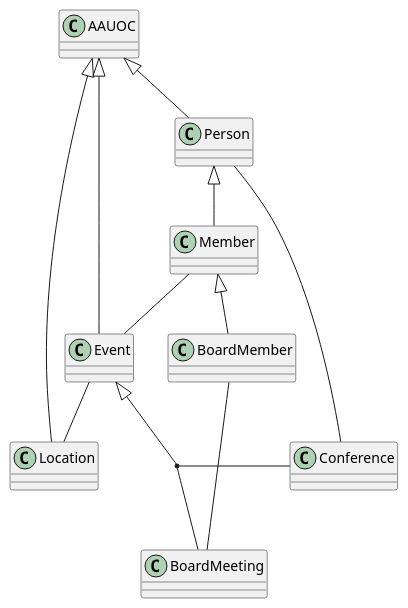
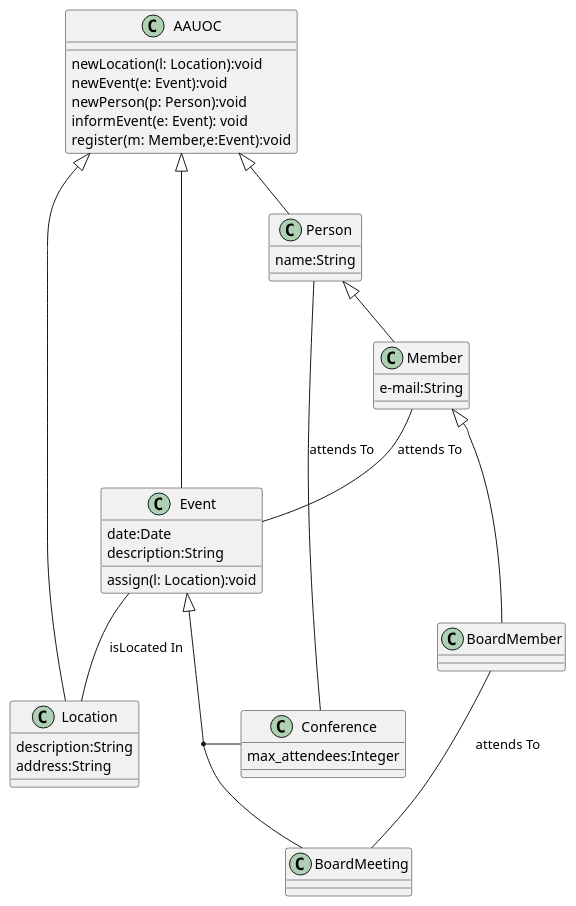
One commit to alejaandroobc/UMLClases_Alejandro changed the diagram in UMLClases_Alejandro.puml. Above: the diagram before and after it, drawn with PlantUML. The commit also changed 1 other file, not shown here.

```diff
--- a/UMLClases_Alejandro.puml
+++ b/UMLClases_Alejandro.puml
@@ -1,24 +1,43 @@
 @startuml
 
-class AAUOC
-class Location
-class Event
-class Person
-class Member
+class AAUOC{
+newLocation(l: Location):void
+newEvent(e: Event):void
+newPerson(p: Person):void
+informEvent(e: Event): void
+register(m: Member,e:Event):void
+}
+class Location{
+description:String
+address:String
+}
+class Event{
+date:Date
+description:String
+assign(l: Location):void
+}
+class Person{
+name:String
+}
+class Member{
+e-mail:String
+}
 class BoardMember
 class BoardMeeting
-class Conference
+class Conference{
+max_attendees:Integer
+}
 
 AAUOC <|-- Location
 AAUOC <|-- Event
 AAUOC <|-- Person
 Person <|-- Member
 Member <|-- BoardMember
 Event <|-- BoardMeeting
-Event -- Location
-Member -- Event
-BoardMember -- BoardMeeting
-Person -- Conference
+Event -- Location :isLocated In
+Member -- Event : attends To
+BoardMember -- BoardMeeting : attends To
+Person -- Conference : attends To
 (Event, BoardMeeting) -- Conference
 
 @enduml
```
